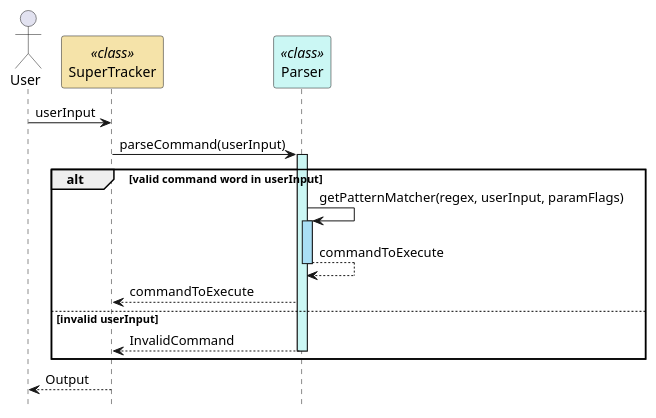
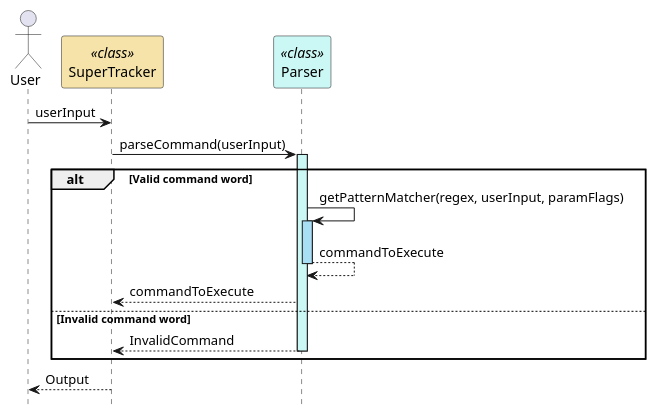
The second of 2 diagrams in docs/uml-diagrams/Parser.puml (rismm/tp), drawn with PlantUML before and after one commit. The commit also changed other lines of this file and 7 other files, not shown here.

```diff
--- a/docs/uml-diagrams/Parser.puml
+++ b/docs/uml-diagrams/Parser.puml
@@ -35,24 +34,24 @@
 @startuml
 hide footbox
 actor User as User
 participant "SuperTracker" as SuperTracker <<class>> #f5e3a9
 participant "Parser" as Parser <<class>> #cbf7f4
 
 User -> SuperTracker : userInput
 SuperTracker -> Parser : parseCommand(userInput)
 activate Parser #cbf7f4
 
-alt valid command word in userInput
+alt Valid command word
     Parser -> Parser : getPatternMatcher(regex, userInput, paramFlags)
     activate Parser #a9dff5
     Parser --> Parser : commandToExecute
     deactivate Parser
     Parser --> SuperTracker : commandToExecute
-else invalid userInput
+else Invalid command word
     Parser --> SuperTracker : InvalidCommand
     deactivate Parser
 end
 
 SuperTracker --> User : Output
 
 @enduml
```
